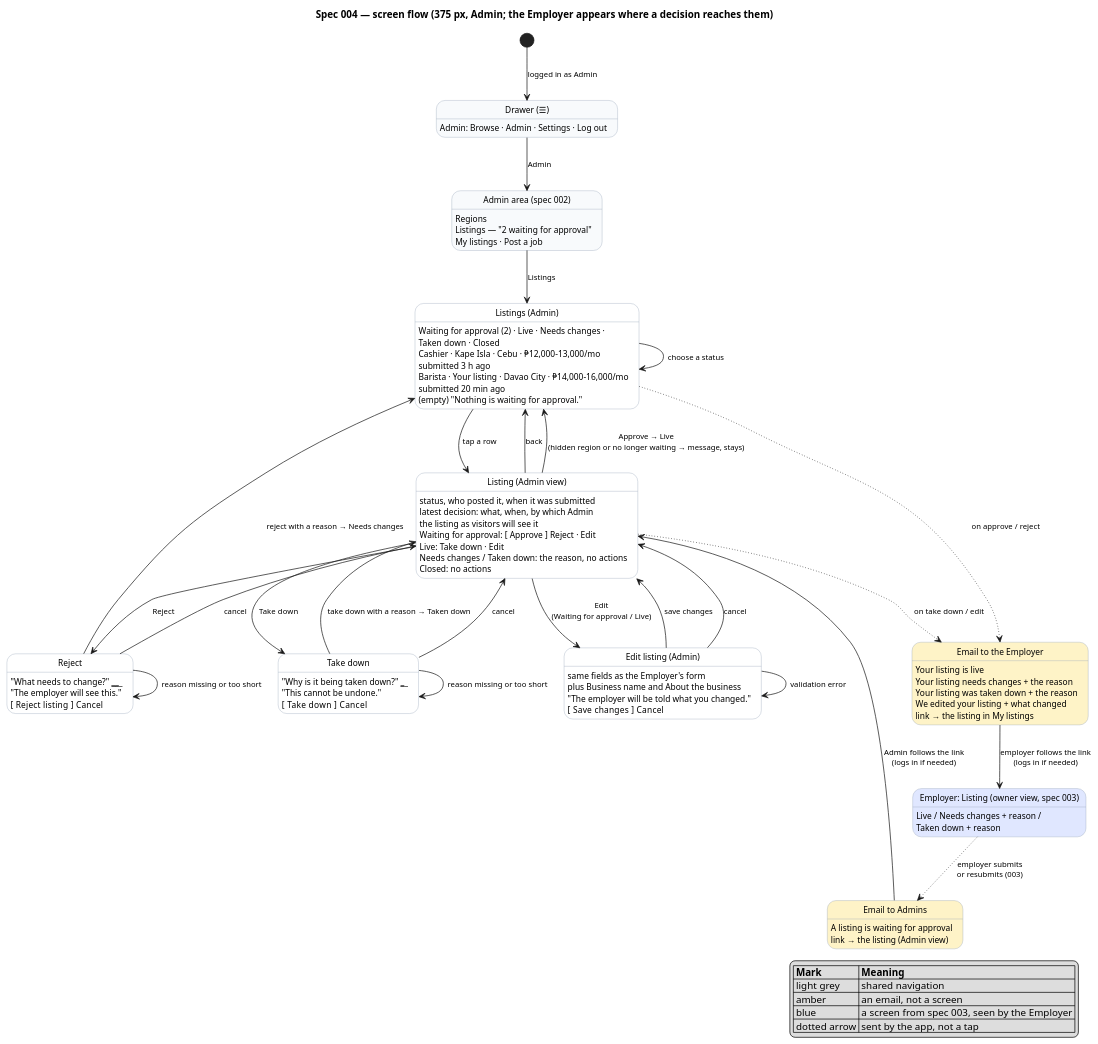
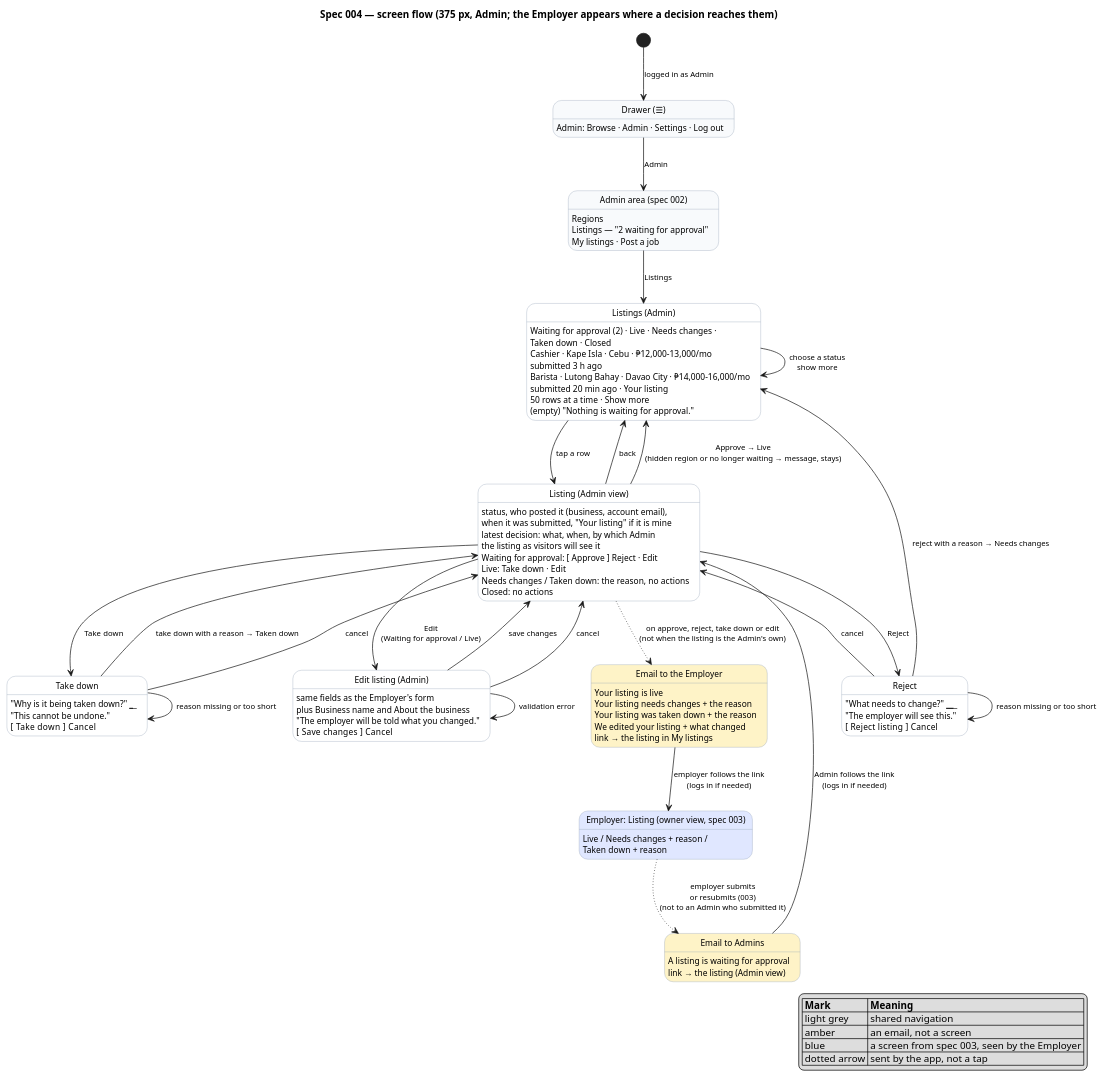
The diagram in docs/specs/004-listings-admin-moderation/diagrams/screenflow-moderation.puml (raseniero/jairojobs-elixir), drawn with PlantUML before and after one commit. The commit also changed 12 other files, not shown here.

Commit message:
docs(spec 004): align the six diagrams with the requirements after a scenario-by-scenario check

```diff
--- a/docs/specs/004-listings-admin-moderation/diagrams/screenflow-moderation.puml
+++ b/docs/specs/004-listings-admin-moderation/diagrams/screenflow-moderation.puml
@@ -1,108 +1,109 @@
 @startuml screenflow-moderation
 ' Spec 004 — screen flow. Each state is a screen (key elements listed); each arrow is a user action.
 ' Every user story US-004-1..11 is a path through this diagram (see table in spec.md).
 
 hide empty description
 skinparam state {
   BackgroundColor white
   BackgroundColor<<public>> #f8fafc
   BackgroundColor<<email>> #fef3c7
   BackgroundColor<<other>> #e0e7ff
   BorderColor #94a3b8
   FontSize 12
 }
 skinparam arrowFontSize 11
 
 title Spec 004 — screen flow (375 px, Admin; the Employer appears where a decision reaches them)
 
 state "Drawer (☰)" as Drawer <<public>>
 Drawer : Admin: Browse · Admin · Settings · Log out
 
 state "Admin area (spec 002)" as AdminArea <<public>>
 AdminArea : Regions
 AdminArea : Listings — "2 waiting for approval"
 AdminArea : My listings · Post a job
 
 state "Listings (Admin)" as Listings
 Listings : Waiting for approval (2) · Live · Needs changes ·
 Listings : Taken down · Closed
 Listings : Cashier · Kape Isla · Cebu · ₱12,000–13,000/mo
 Listings : submitted 3 h ago
-Listings : Barista · Your listing · Davao City · ₱14,000–16,000/mo
-Listings : submitted 20 min ago
+Listings : Barista · Lutong Bahay · Davao City · ₱14,000–16,000/mo
+Listings : submitted 20 min ago · Your listing
+Listings : 50 rows at a time · Show more
 Listings : (empty) "Nothing is waiting for approval."
 
 state "Listing (Admin view)" as Review
-Review : status, who posted it, when it was submitted
+Review : status, who posted it (business, account email),
+Review : when it was submitted, "Your listing" if it is mine
 Review : latest decision: what, when, by which Admin
 Review : the listing as visitors will see it
 Review : Waiting for approval: [ Approve ] Reject · Edit
 Review : Live: Take down · Edit
 Review : Needs changes / Taken down: the reason, no actions
 Review : Closed: no actions
 
 state "Reject" as Reject
 Reject : "What needs to change?" ___________
 Reject : "The employer will see this."
 Reject : [ Reject listing ]   Cancel
 
 state "Take down" as TakeDown
 TakeDown : "Why is it being taken down?" ______
 TakeDown : "This cannot be undone."
 TakeDown : [ Take down ]   Cancel
 
 state "Edit listing (Admin)" as Edit
 Edit : same fields as the Employer's form
 Edit : plus Business name and About the business
 Edit : "The employer will be told what you changed."
 Edit : [ Save changes ]   Cancel
 
 state "Email to the Employer" as MailEmployer <<email>>
 MailEmployer : Your listing is live
 MailEmployer : Your listing needs changes + the reason
 MailEmployer : Your listing was taken down + the reason
 MailEmployer : We edited your listing + what changed
 MailEmployer : link → the listing in My listings
 
 state "Email to Admins" as MailAdmins <<email>>
 MailAdmins : A listing is waiting for approval
 MailAdmins : link → the listing (Admin view)
 
 state "Employer: Listing (owner view, spec 003)" as Owner <<other>>
 Owner : Live / Needs changes + reason /
 Owner : Taken down + reason
 
 [*] --> Drawer : logged in as Admin
 Drawer --> AdminArea : Admin
 AdminArea --> Listings : Listings
-Listings --> Listings : choose a status
+Listings --> Listings : choose a status\nshow more
 Listings --> Review : tap a row
 Review --> Listings : back
 Review --> Listings : Approve → Live\n(hidden region or no longer waiting → message, stays)
 Review --> Reject : Reject
 Reject --> Listings : reject with a reason → Needs changes
 Reject --> Reject : reason missing or too short
 Reject --> Review : cancel
 Review --> TakeDown : Take down
 TakeDown --> Review : take down with a reason → Taken down
 TakeDown --> TakeDown : reason missing or too short
 TakeDown --> Review : cancel
 Review --> Edit : Edit\n(Waiting for approval / Live)
 Edit --> Review : save changes
 Edit --> Edit : validation error
 Edit --> Review : cancel
 
-Listings -[dotted]-> MailEmployer : on approve / reject
-Review -[dotted]-> MailEmployer : on take down / edit
+Review -[dotted]-> MailEmployer : on approve, reject, take down or edit\n(not when the listing is the Admin's own)
 MailEmployer --> Owner : employer follows the link\n(logs in if needed)
-Owner -[dotted]-> MailAdmins : employer submits\nor resubmits (003)
+Owner -[dotted]-> MailAdmins : employer submits\nor resubmits (003)\n(not to an Admin who submitted it)
 MailAdmins --> Review : Admin follows the link\n(logs in if needed)
 
 legend right
   |= Mark |= Meaning |
   | light grey | shared navigation |
   | amber | an email, not a screen |
   | blue | a screen from spec 003, seen by the Employer |
   | dotted arrow | sent by the app, not a tap |
 endlegend
 @enduml
```
